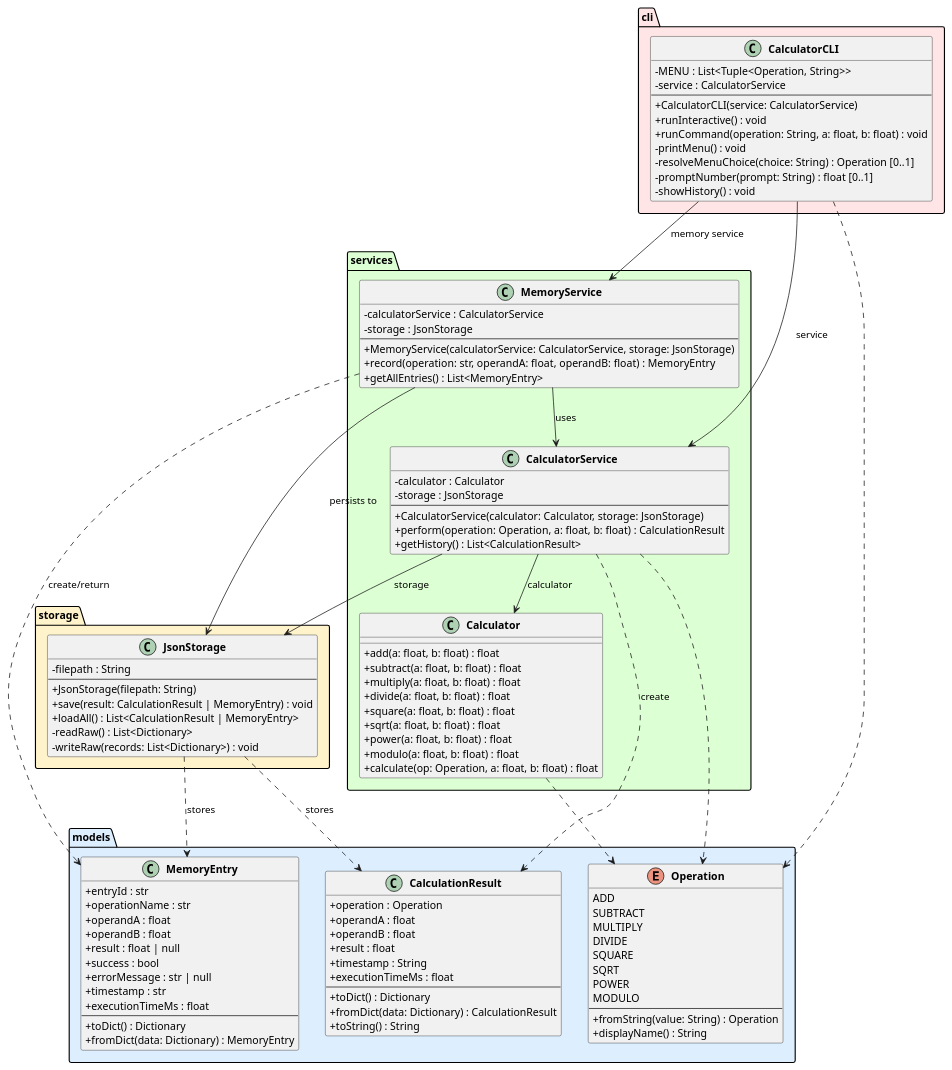
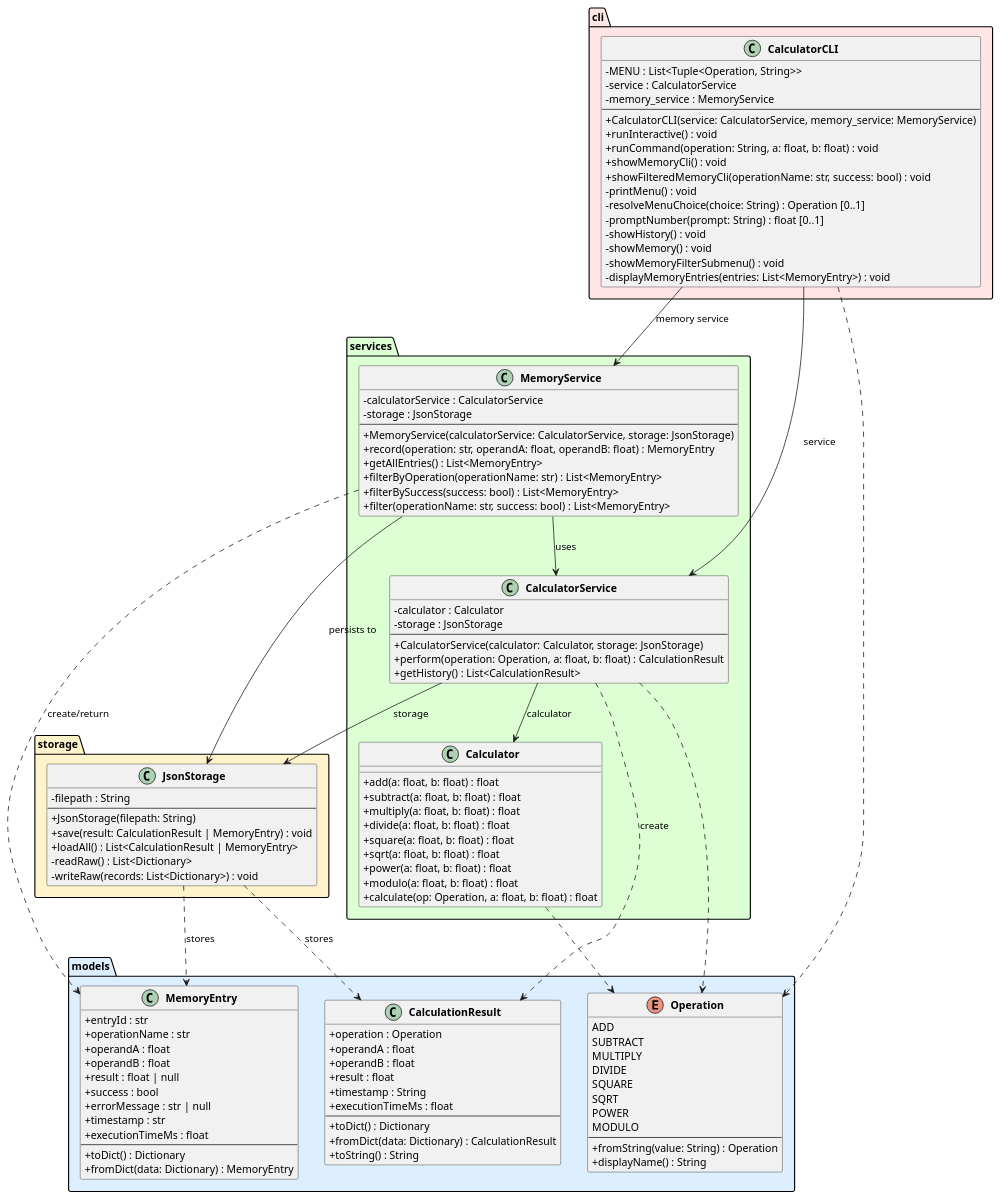
Before and after one commit to DanielRiha8906/Software_autoevolution_using_agents: the diagram in experiments/supervisor_as_tools/user_stories/calculator/artifacts/class_diagram.puml, drawn with PlantUML. The commit also changed 10 other files, not shown here.

```diff
--- a/experiments/supervisor_as_tools/user_stories/calculator/artifacts/class_diagram.puml
+++ b/experiments/supervisor_as_tools/user_stories/calculator/artifacts/class_diagram.puml
@@ -1,124 +1,133 @@
 @startuml class_diagram
 
 skinparam classAttributeIconSize 0
 skinparam classFontStyle bold
 
 package "models" #DDEEFF {
     enum Operation {
         ADD
         SUBTRACT
         MULTIPLY
         DIVIDE
         SQUARE
         SQRT
         POWER
         MODULO
         --
         +fromString(value: String) : Operation
         +displayName() : String
     }
 
     class CalculationResult {
         +operation : Operation
         +operandA : float
         +operandB : float
         +result : float
         +timestamp : String
         +executionTimeMs : float
         --
         +toDict() : Dictionary
         +fromDict(data: Dictionary) : CalculationResult
         +toString() : String
     }
 
     class MemoryEntry {
         +entryId : str
         +operationName : str
         +operandA : float
         +operandB : float
         +result : float | null
         +success : bool
         +errorMessage : str | null
         +timestamp : str
         +executionTimeMs : float
         --
         +toDict() : Dictionary
         +fromDict(data: Dictionary) : MemoryEntry
     }
 }
 
 package "services" #DDFFD4 {
     class Calculator {
         +add(a: float, b: float) : float
         +subtract(a: float, b: float) : float
         +multiply(a: float, b: float) : float
         +divide(a: float, b: float) : float
         +square(a: float, b: float) : float
         +sqrt(a: float, b: float) : float
         +power(a: float, b: float) : float
         +modulo(a: float, b: float) : float
         +calculate(op: Operation, a: float, b: float) : float
     }
 
     class CalculatorService {
         -calculator : Calculator
         -storage : JsonStorage
         --
         +CalculatorService(calculator: Calculator, storage: JsonStorage)
         +perform(operation: Operation, a: float, b: float) : CalculationResult
         +getHistory() : List<CalculationResult>
     }
 
     class MemoryService {
         -calculatorService : CalculatorService
         -storage : JsonStorage
         --
         +MemoryService(calculatorService: CalculatorService, storage: JsonStorage)
         +record(operation: str, operandA: float, operandB: float) : MemoryEntry
         +getAllEntries() : List<MemoryEntry>
+        +filterByOperation(operationName: str) : List<MemoryEntry>
+        +filterBySuccess(success: bool) : List<MemoryEntry>
+        +filter(operationName: str, success: bool) : List<MemoryEntry>
     }
 }
 
 package "storage" #FFF3CC {
     class JsonStorage {
         -filepath : String
         --
         +JsonStorage(filepath: String)
         +save(result: CalculationResult | MemoryEntry) : void
         +loadAll() : List<CalculationResult | MemoryEntry>
         -readRaw() : List<Dictionary>
         -writeRaw(records: List<Dictionary>) : void
     }
 }
 
 package "cli" #FFE5E5 {
     class CalculatorCLI {
         -MENU : List<Tuple<Operation, String>>
         -service : CalculatorService
+        -memory_service : MemoryService
         --
-        +CalculatorCLI(service: CalculatorService)
+        +CalculatorCLI(service: CalculatorService, memory_service: MemoryService)
         +runInteractive() : void
         +runCommand(operation: String, a: float, b: float) : void
+        +showMemoryCli() : void
+        +showFilteredMemoryCli(operationName: str, success: bool) : void
         -printMenu() : void
         -resolveMenuChoice(choice: String) : Operation [0..1]
         -promptNumber(prompt: String) : float [0..1]
         -showHistory() : void
+        -showMemory() : void
+        -showMemoryFilterSubmenu() : void
+        -displayMemoryEntries(entries: List<MemoryEntry>) : void
     }
 }
 
 CalculatorCLI --> CalculatorService : service
 CalculatorCLI --> MemoryService : memory service
 CalculatorService --> Calculator : calculator
 CalculatorService --> JsonStorage : storage
 MemoryService --> CalculatorService : uses
 MemoryService --> JsonStorage : persists to
 
 CalculatorService ..> CalculationResult : create
 MemoryService ..> MemoryEntry : create/return
 CalculatorService ..> Operation
 CalculatorCLI ..> Operation
 Calculator ..> Operation
 JsonStorage ..> CalculationResult : stores
 JsonStorage ..> MemoryEntry : stores
 
 @enduml
```
